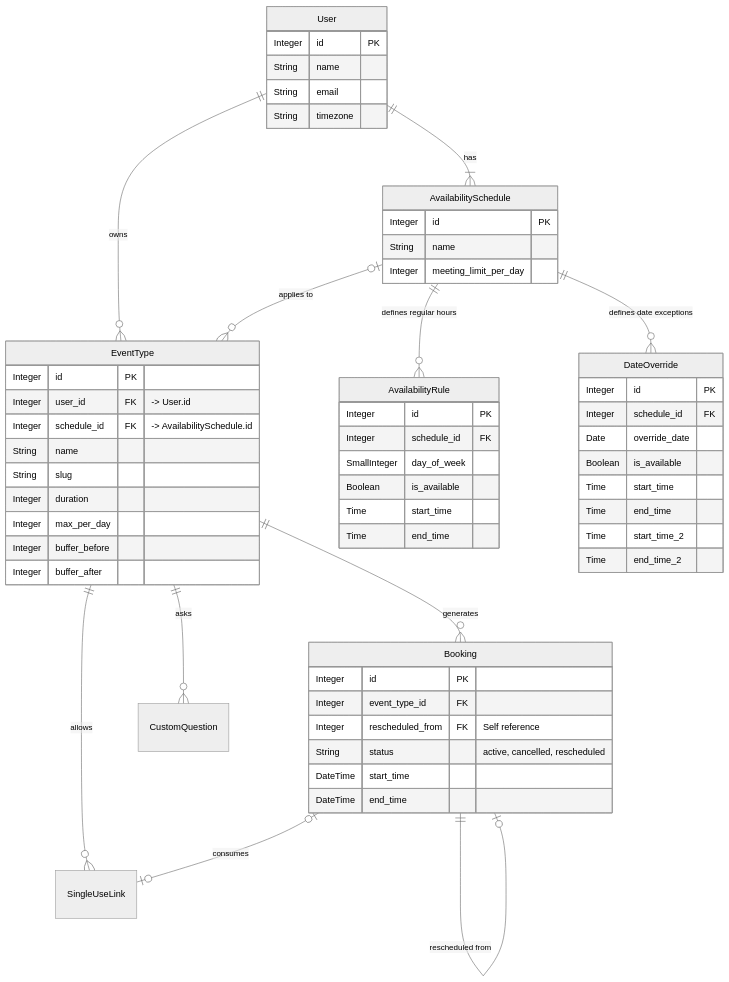
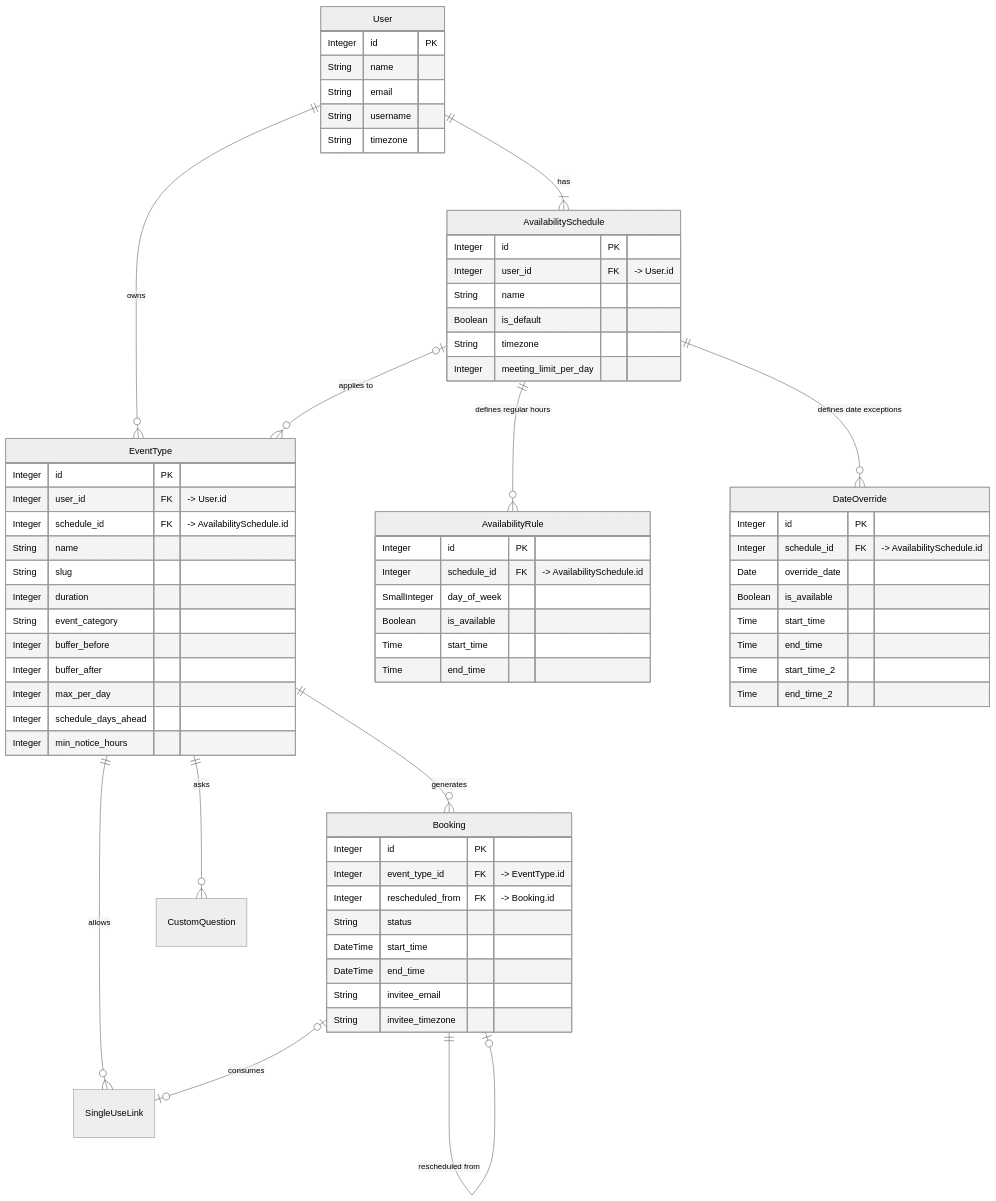
Before and after one commit to omhome16/Calendly-clone: the diagram in README.md, drawn with Mermaid (neutral theme).

Commit message:
readme fix_2

````diff
--- a/README.md
+++ b/README.md
@@ -87,67 +87,76 @@
 ```mermaid
 erDiagram
     User ||--o{ EventType : "owns"
     User ||--|{ AvailabilitySchedule : "has"
     AvailabilitySchedule ||--o{ AvailabilityRule : "defines regular hours"
     AvailabilitySchedule ||--o{ DateOverride : "defines date exceptions"
     AvailabilitySchedule |o--o{ EventType : "applies to"
     EventType ||--o{ Booking : "generates"
     EventType ||--o{ SingleUseLink : "allows"
     EventType ||--o{ CustomQuestion : "asks"
     Booking ||--o| Booking : "rescheduled from"
     Booking |o--o| SingleUseLink : "consumes"
 
     User {
         Integer id PK
         String name
         String email
+        String username
         String timezone
     }
 
     EventType {
         Integer id PK
         Integer user_id FK "-> User.id"
         Integer schedule_id FK "-> AvailabilitySchedule.id"
         String name
         String slug
         Integer duration
-        Integer max_per_day
+        String event_category 
         Integer buffer_before
         Integer buffer_after
+        Integer max_per_day
+        Integer schedule_days_ahead
+        Integer min_notice_hours
     }
 
     AvailabilitySchedule {
         Integer id PK
+        Integer user_id FK "-> User.id"
         String name
+        Boolean is_default
+        String timezone
         Integer meeting_limit_per_day
     }
 
     AvailabilityRule {
         Integer id PK
-        Integer schedule_id FK
+        Integer schedule_id FK "-> AvailabilitySchedule.id"
         SmallInteger day_of_week 
         Boolean is_available
         Time start_time
         Time end_time
     }
 
     DateOverride {
         Integer id PK
-        Integer schedule_id FK
+        Integer schedule_id FK "-> AvailabilitySchedule.id"
         Date override_date
         Boolean is_available
         Time start_time
         Time end_time
         Time start_time_2
         Time end_time_2
     }
 
     Booking {
         Integer id PK
-        Integer event_type_id FK
-        Integer rescheduled_from FK "Self reference"
-        String status "active, cancelled, rescheduled"
+        Integer event_type_id FK "-> EventType.id"
+        Integer rescheduled_from FK "-> Booking.id"
+        String status 
         DateTime start_time
         DateTime end_time
+        String invitee_email
+        String invitee_timezone
     }
 ```
````
